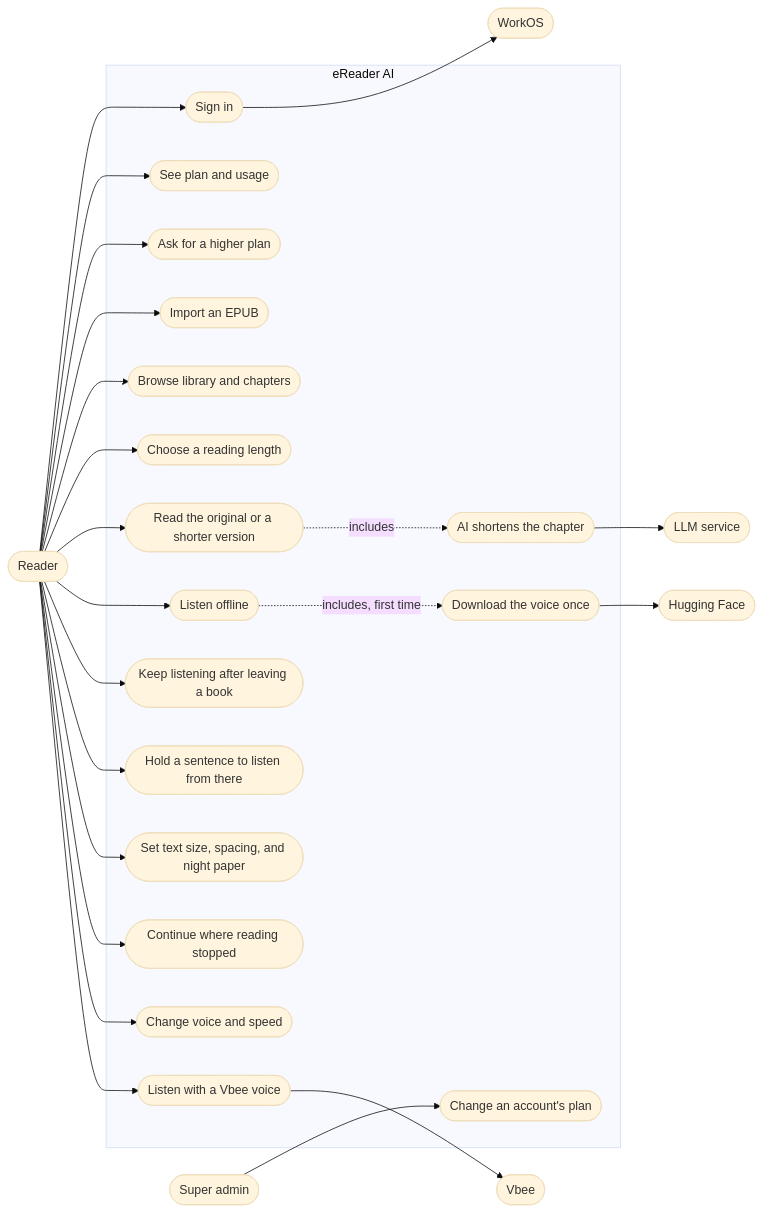
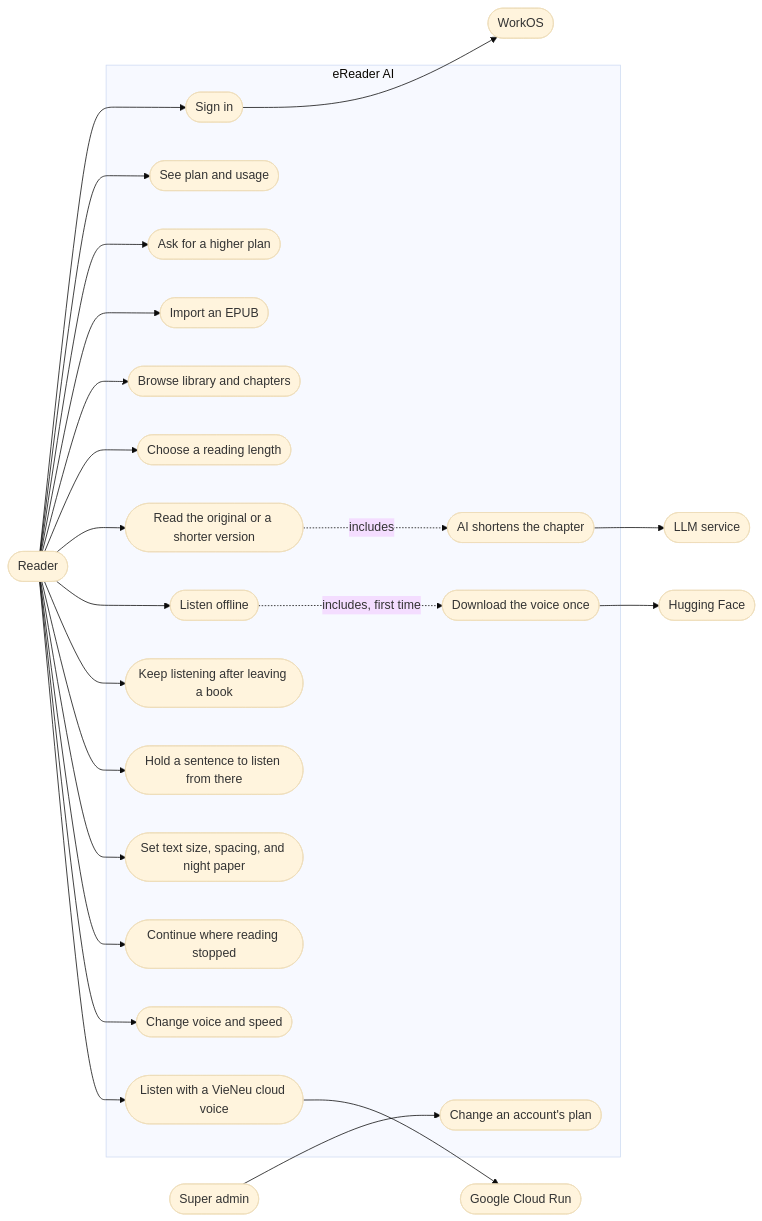
Before and after one commit to tinwritescode/ereader-ai: the first of 2 diagrams in README.md, drawn with Mermaid (base theme). The commit also changed other lines of this file and 11 other files, not shown here.

First line of the commit message:
Name the app's cloud voices after what they are, not Vbee

````diff
--- a/README.md
+++ b/README.md
@@ -15,53 +15,53 @@
 ```mermaid
 flowchart LR
     reader(["Reader"])
     llm(["LLM service"])
     hf(["Hugging Face"])
-    vbee(["Vbee"])
+    gcloud(["Google Cloud Run"])
     workos(["WorkOS"])
     admin(["Super admin"])
 
     subgraph app["eReader AI"]
         import(["Import an EPUB"])
         browse(["Browse library and chapters"])
         length(["Choose a reading length"])
         read(["Read the original or a shorter version"])
         shorten(["AI shortens the chapter"])
         listen(["Listen offline"])
         pick(["Hold a sentence to listen from there"])
         keepon(["Keep listening after leaving a book"])
         look(["Set text size, spacing, and night paper"])
         resume(["Continue where reading stopped"])
         download(["Download the voice once"])
         tune(["Change voice and speed"])
-        cloud(["Listen with a Vbee voice"])
+        cloud(["Listen with a VieNeu cloud voice"])
         signin(["Sign in"])
         usage(["See plan and usage"])
         upgrade(["Ask for a higher plan"])
         grant(["Change an account's plan"])
     end
 
     reader --> signin
     signin --> workos
     reader --> usage
     reader --> upgrade
     admin --> grant
 
     reader --> import
     reader --> browse
     reader --> length
     reader --> read
     reader --> listen
     reader --> keepon
     reader --> pick
     reader --> look
     reader --> resume
     reader --> tune
     reader --> cloud
 
     read -. "includes" .-> shorten
     listen -. "includes, first time" .-> download
     shorten --> llm
     download --> hf
-    cloud --> vbee
+    cloud --> gcloud
 ```
````
